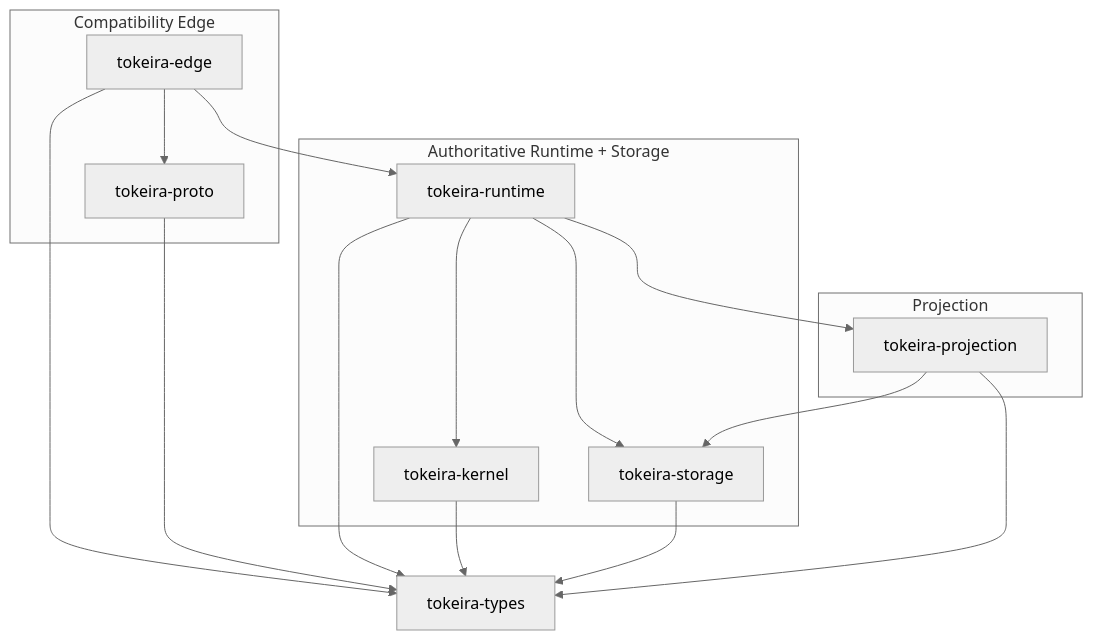
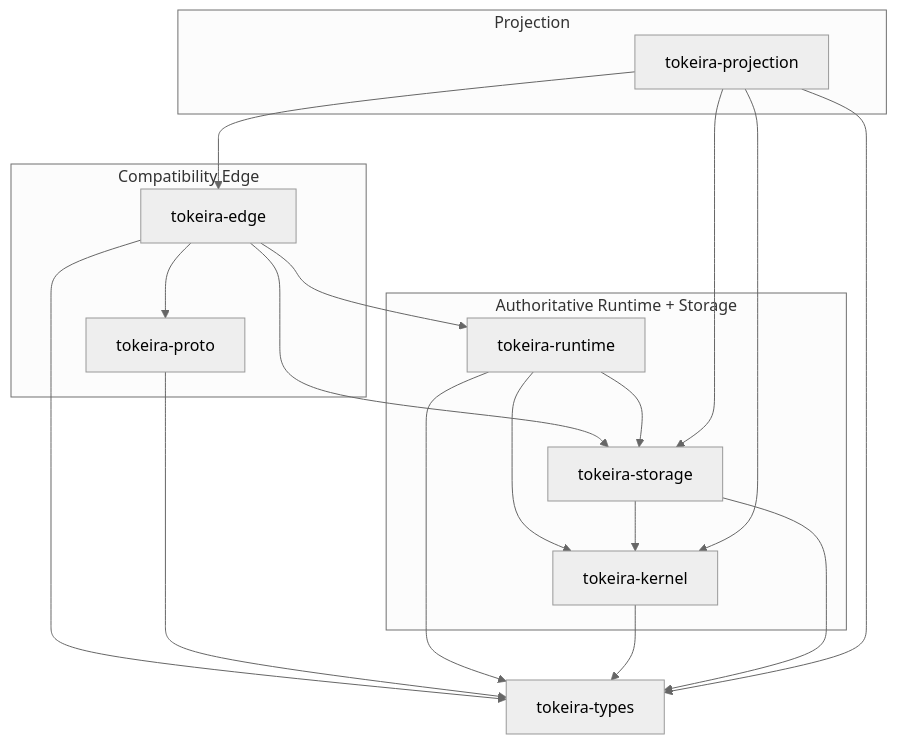
The first of 2 diagrams in docs/crates/README.md (tokeira/tokeira), drawn with Mermaid (neutral theme) before and after one commit. The commit also changed other lines of this file and 7 other files, not shown here.

````diff
--- a/docs/crates/README.md
+++ b/docs/crates/README.md
@@ -7,32 +7,35 @@
 ```mermaid
 graph TD
     subgraph "Compatibility Edge"
         edge[tokeira-edge]
         proto[tokeira-proto]
     end
 
     subgraph "Authoritative Runtime + Storage"
         runtime[tokeira-runtime]
         kernel[tokeira-kernel]
         storage[tokeira-storage]
     end
 
     subgraph "Projection"
         projection[tokeira-projection]
     end
 
     types[tokeira-types]
 
     edge --> proto
     edge --> runtime
+    edge --> storage
     edge --> types
     proto --> types
     runtime --> kernel
     runtime --> storage
-    runtime --> projection
     runtime --> types
     kernel --> types
+    storage --> kernel
     storage --> types
+    projection --> edge
+    projection --> kernel
+    projection --> storage
     projection --> types
-    projection --> storage
 ```
````
